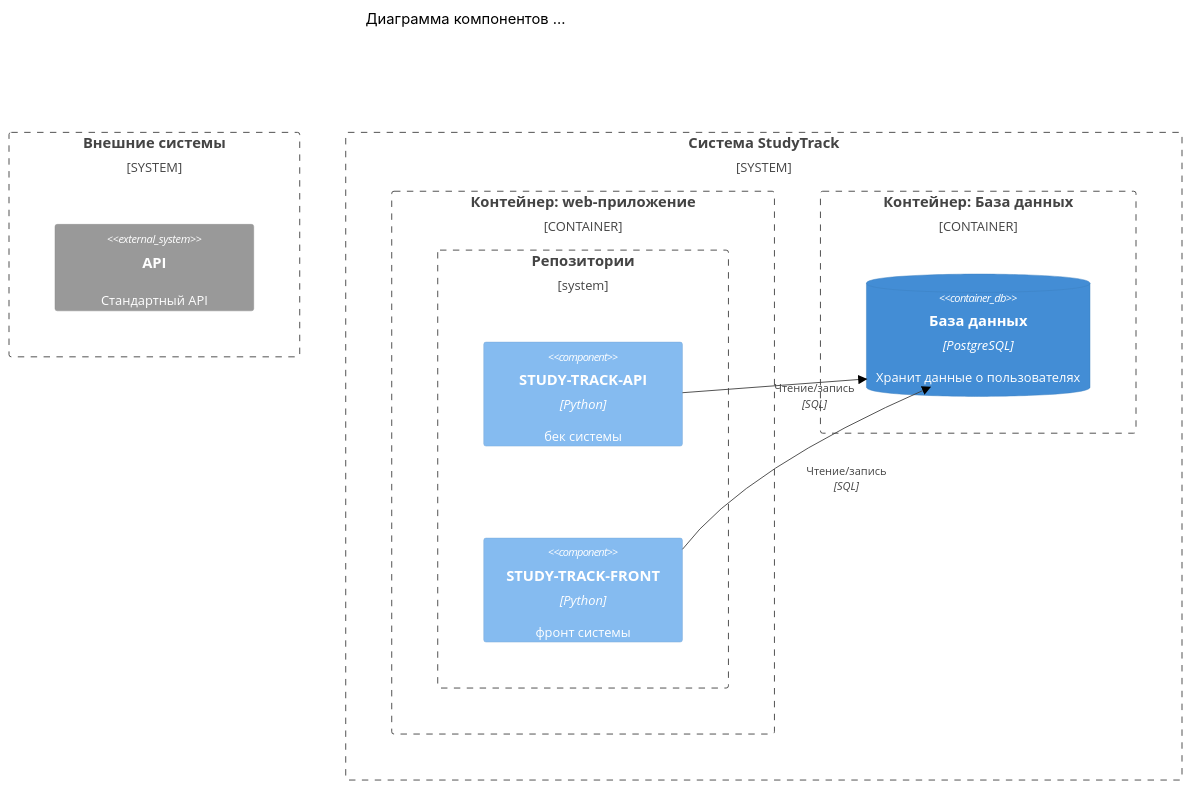
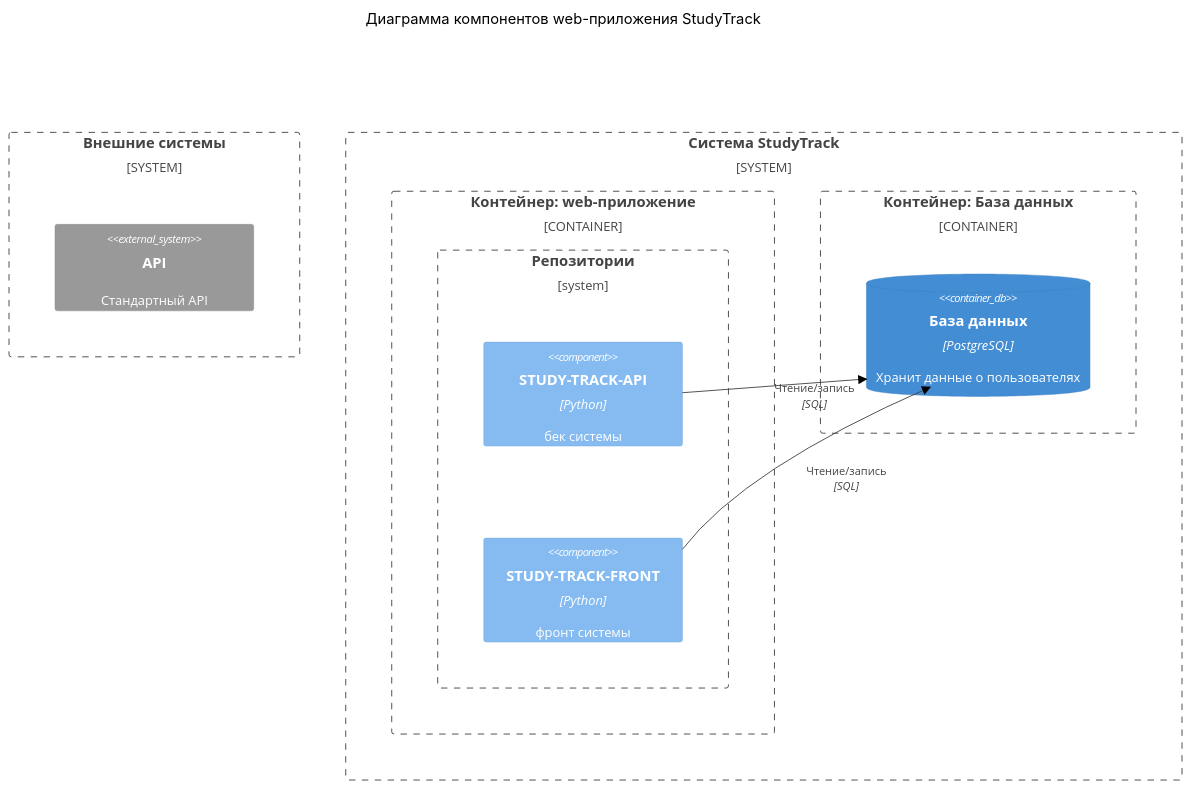
Before and after one commit to hse-perm-sandbox/study-track-docs: the diagram in c4/components.md, drawn with Mermaid (forest theme). The commit also changed 1 other file, not shown here.

Commit message:
Добавлены диаграммы components и containers (требует доработки)

````diff
--- a/c4/components.md
+++ b/c4/components.md
@@ -4,27 +4,27 @@
 ```mermaid
 C4Component
-    title Диаграмма компонентов ...
+    title Диаграмма компонентов web-приложения StudyTrack
 
     System_Boundary(ext, "Внешние системы") {
-        System_Ext(swagger UI, "API", "Стандартный API")
+        System_Ext(api, "API", "Стандартный API")
     }
     
     System_Boundary(boundary, "Система StudyTrack") {
         Container_Boundary(web_container, "Контейнер: web-приложение") {
 
             Boundary(repos, "Репозитории") {
                 Component(api_repo, "STUDY-TRACK-API", "Python", "бек системы")
                 Component(front_repo, "STUDY-TRACK-FRONT", "Python", "фронт системы")
             }
         }
         Container_Boundary(db_container, "Контейнер: База данных") {
             ContainerDb(db, "База данных", "PostgreSQL", "Хранит данные о пользователях")
         }
     }
 
     Rel(api_repo, db, "Чтение/запись", "SQL")
     UpdateRelStyle(user_repo, db, $offsetX="0", $offsetY="-40")
     Rel(front_repo, db, "Чтение/запись", "SQL")
     UpdateRelStyle(user_repo, db, $offsetX="0", $offsetY="-40")
 
 ```
````
